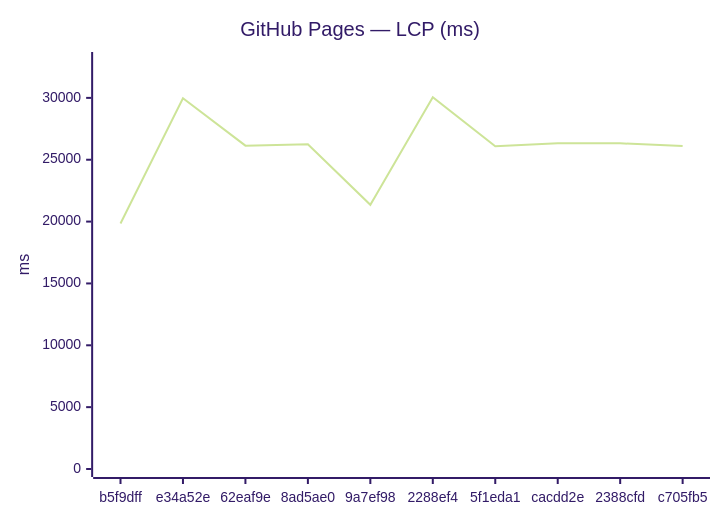
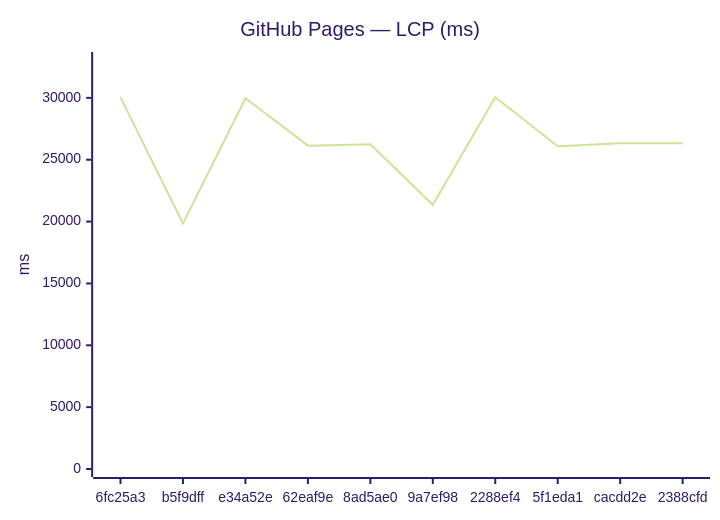
One commit to Metaheurist/Rianell changed the third of 12 diagrams in benchmarks/compare.md. Above: the diagram before and after it, drawn with Mermaid (forest theme). The commit also changed other lines of this file and 8 other files, not shown here.

````diff
--- a/benchmarks/compare.md
+++ b/benchmarks/compare.md
@@ -54,7 +54,7 @@
 ```mermaid
 xychart-beta
     title "GitHub Pages — LCP (ms)"
-    x-axis ["b5f9dff", "e34a52e", "62eaf9e", "8ad5ae0", "9a7ef98", "2288ef4", "5f1eda1", "cacdd2e", "2388cfd", "c705fb5"]
+    x-axis ["6fc25a3", "b5f9dff", "e34a52e", "62eaf9e", "8ad5ae0", "9a7ef98", "2288ef4", "5f1eda1", "cacdd2e", "2388cfd"]
     y-axis "ms" 0 --> 33062
-    line [19849, 29974, 26139, 26251, 21355, 30056, 26085, 26327, 26326, 26120]
+    line [30044, 19849, 29974, 26139, 26251, 21355, 30056, 26085, 26327, 26326]
 ```
````
